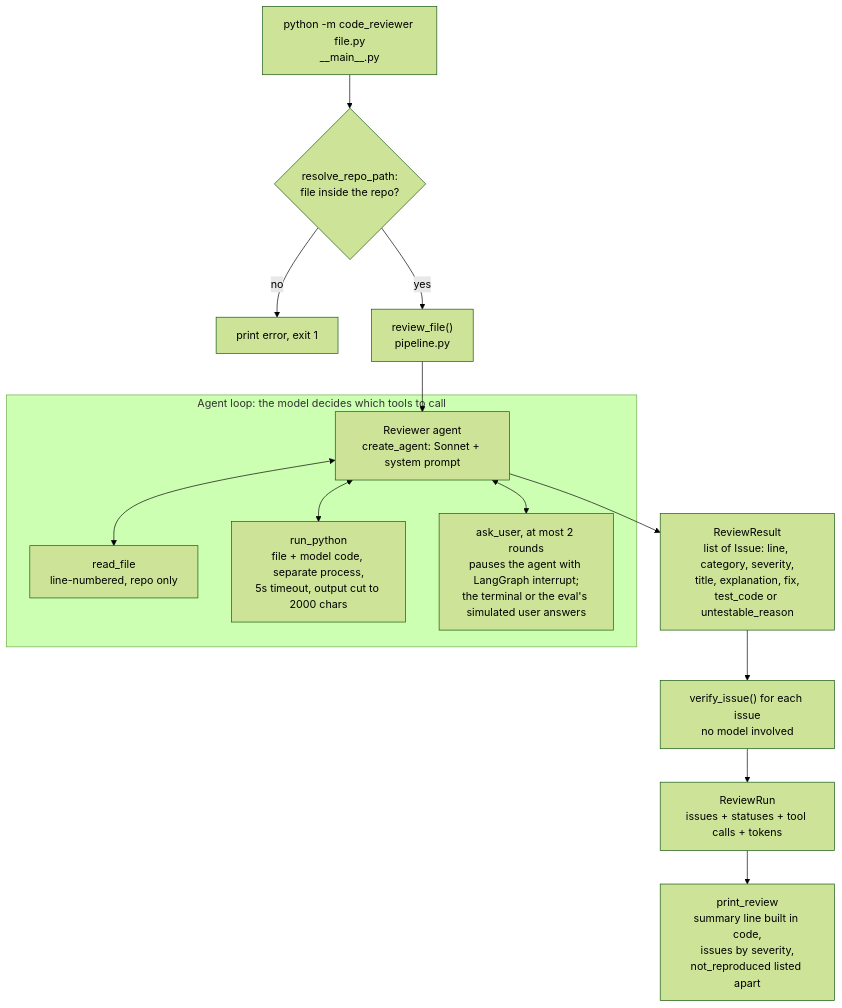
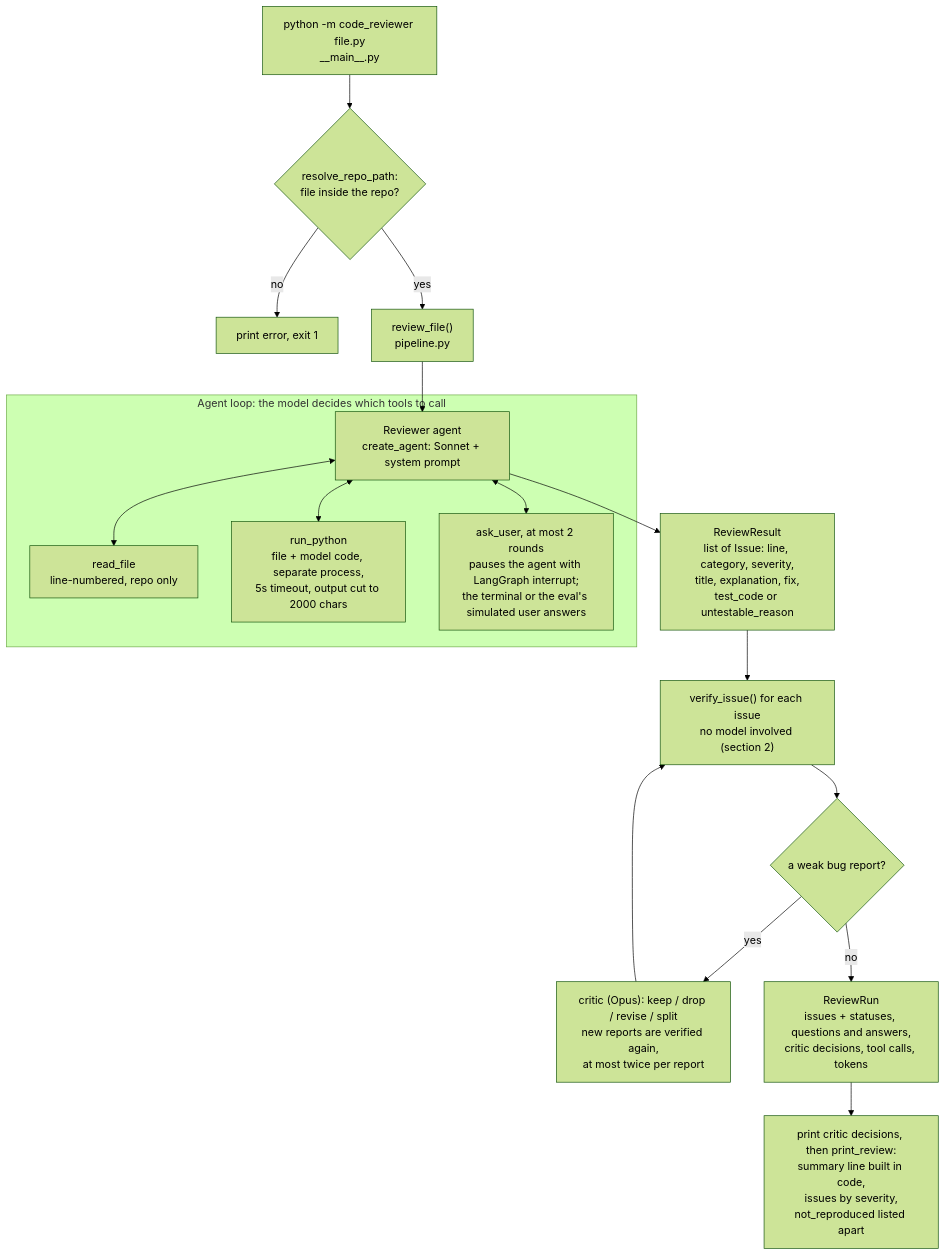
One commit to Assaf368/code-reviewer changed the second of 4 diagrams in docs/pipeline.md. Above: the diagram before and after it, drawn with Mermaid (forest theme). The commit also changed other lines of this file and 9 other files, not shown here.

````diff
--- a/docs/pipeline.md
+++ b/docs/pipeline.md
@@ -22,19 +22,22 @@
 ```mermaid
 flowchart TD
     CLI["python -m code_reviewer file.py<br/>__main__.py"] --> CHECK{"resolve_repo_path:<br/>file inside the repo?"}
     CHECK -- no --> ERR["print error, exit 1"]
     CHECK -- yes --> RF["review_file()<br/>pipeline.py"]
 
     RF --> AGENT["Reviewer agent<br/>create_agent: Sonnet + system prompt"]
 
     subgraph LOOP["Agent loop: the model decides which tools to call"]
         AGENT <--> READ["read_file<br/>line-numbered, repo only"]
         AGENT <--> RUN["run_python<br/>file + model code, separate process,<br/>5s timeout, output cut to 2000 chars"]
         AGENT <--> ASK["ask_user, at most 2 rounds<br/>pauses the agent with LangGraph interrupt;<br/>the terminal or the eval's simulated user answers"]
     end
 
     AGENT --> OUT["ReviewResult<br/>list of Issue: line, category, severity,<br/>title, explanation, fix,<br/>test_code or untestable_reason"]
-    OUT --> VERIFY["verify_issue() for each issue<br/>no model involved"]
-    VERIFY --> RR["ReviewRun<br/>issues + statuses + tool calls + tokens"]
-    RR --> PRINT["print_review<br/>summary line built in code,<br/>issues by severity,<br/>not_reproduced listed apart"]
+    OUT --> VERIFY["verify_issue() for each issue<br/>no model involved (section 2)"]
+    VERIFY --> CRIT{"a weak bug report?"}
+    CRIT -- yes --> CRITIC["critic (Opus): keep / drop / revise / split<br/>new reports are verified again,<br/>at most twice per report"]
+    CRITIC --> VERIFY
+    CRIT -- no --> RR["ReviewRun<br/>issues + statuses, questions and answers,<br/>critic decisions, tool calls, tokens"]
+    RR --> PRINT["print critic decisions, then print_review:<br/>summary line built in code,<br/>issues by severity,<br/>not_reproduced listed apart"]
 ```
````
